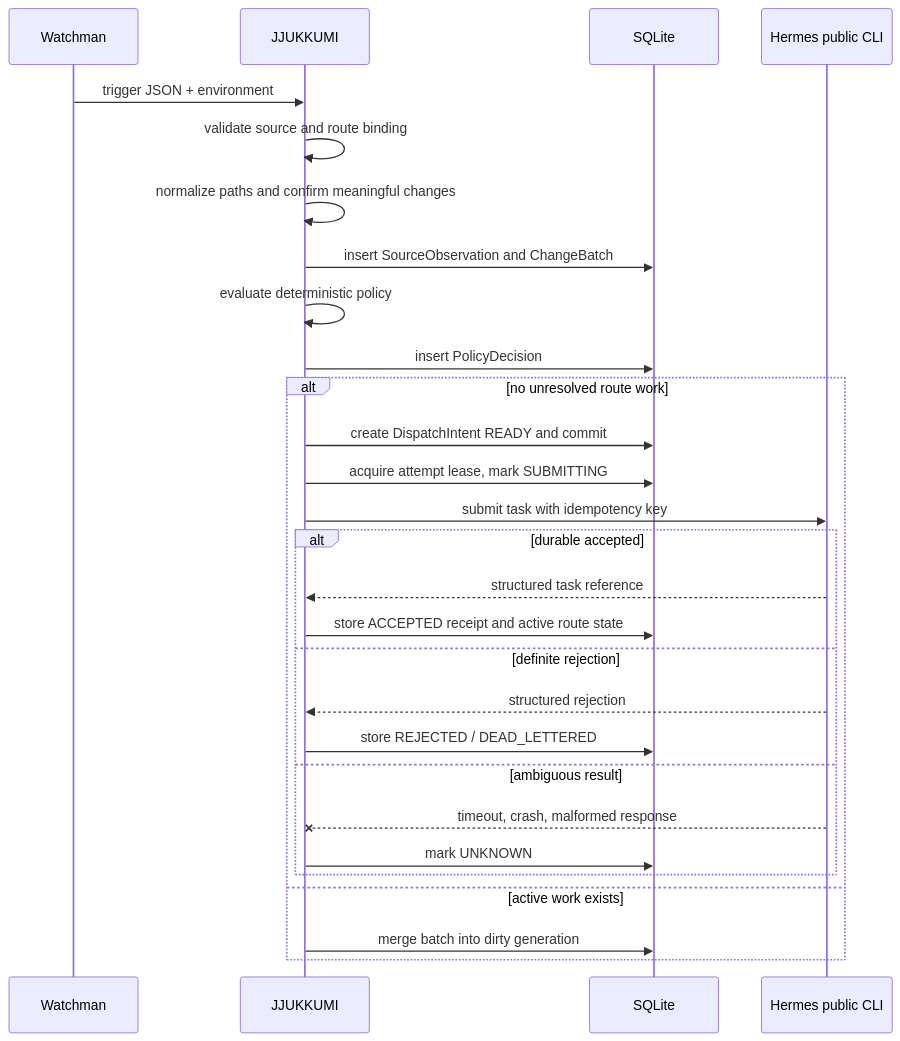
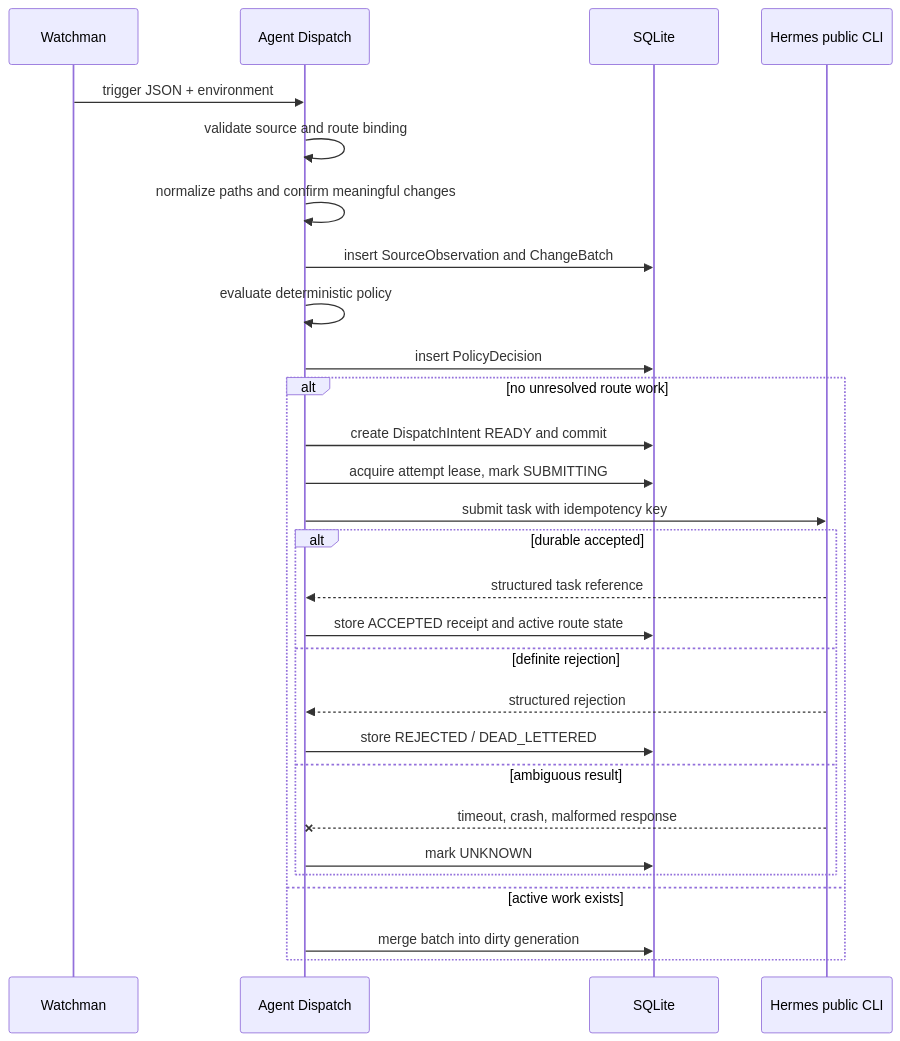
The third of 3 diagrams in docs/docs/01-architecture/architecture-overview.md (irootkernel/agent-dispatch), drawn with Mermaid before and after one commit. The commit also changed other lines of this file and 206 other files, not shown here.

First line of the commit message:
[E6] Rename jjukkumi references to Agent Dispatch across sources and docs

````diff
--- a/docs/docs/01-architecture/architecture-overview.md
+++ b/docs/docs/01-architecture/architecture-overview.md
@@ -103,31 +103,31 @@
 ```mermaid
 sequenceDiagram
     participant W as Watchman
-    participant J as JJUKKUMI
+    participant J as Agent Dispatch
     participant DB as SQLite
     participant H as Hermes public CLI
 
     W->>J: trigger JSON + environment
     J->>J: validate source and route binding
     J->>J: normalize paths and confirm meaningful changes
     J->>DB: insert SourceObservation and ChangeBatch
     J->>J: evaluate deterministic policy
     J->>DB: insert PolicyDecision
     alt no unresolved route work
         J->>DB: create DispatchIntent READY and commit
         J->>DB: acquire attempt lease, mark SUBMITTING
         J->>H: submit task with idempotency key
         alt durable accepted
             H-->>J: structured task reference
             J->>DB: store ACCEPTED receipt and active route state
         else definite rejection
             H-->>J: structured rejection
             J->>DB: store REJECTED / DEAD_LETTERED
         else ambiguous result
             H--xJ: timeout, crash, malformed response
             J->>DB: mark UNKNOWN
         end
     else active work exists
         J->>DB: merge batch into dirty generation
     end
 ```
````
